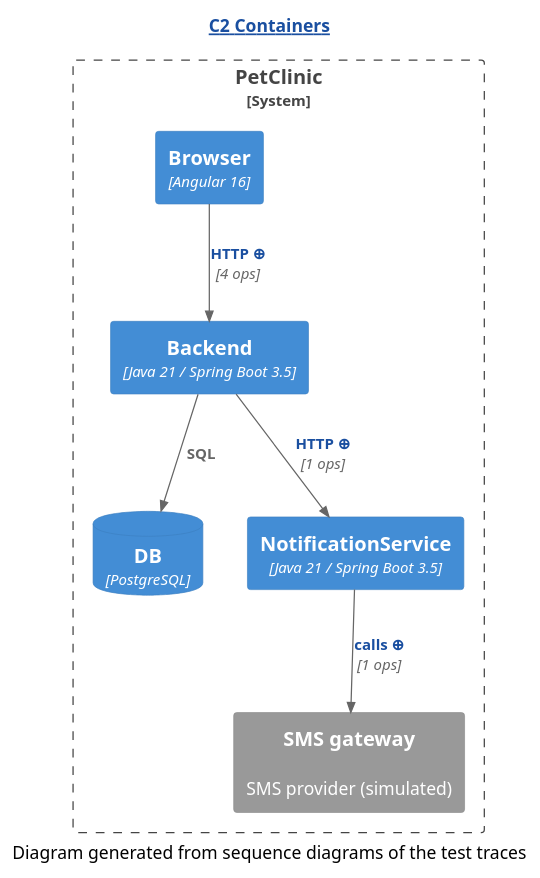
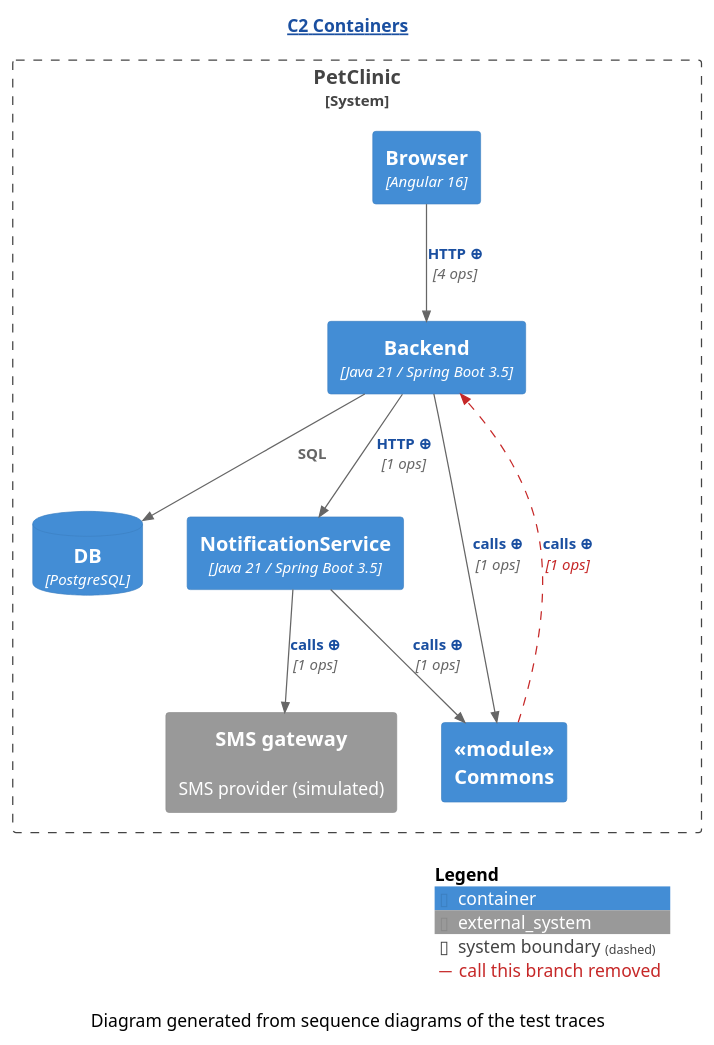
One commit to Winandvdb/human-review changed the diagram in demo/demo2/assets/c2/C2-Containers.diff.puml. Above: the diagram before and after it, drawn with PlantUML. The commit also changed 127 other files, not shown here.

```diff
--- a/demo/demo2/assets/c2/C2-Containers.diff.puml
+++ b/demo/demo2/assets/c2/C2-Containers.diff.puml
@@ -1,20 +1,27 @@
 @startuml
 ' ⚠️  GENERATED — projected from the sequence diagrams by c2-from-sequence.py.
 !include <C4/C4_Container>
 HIDE_STEREOTYPE()
 skinparam hyperlinkUnderline false
 skinparam hyperlinkColor #1A4FA0
+AddElementTag("removed", $bgColor="#C62828", $fontColor="#FFFFFF", $borderColor="#8E0000", $legendText="removed by this branch")
+AddRelTag("removed", $textColor="#C62828", $lineColor="#C62828", $lineStyle=DashedLine(), $legendText="call this branch removed")
 title [[https://c4model.com/diagrams/container{What is a C2 diagram?} C2 Containers]]
 System_Boundary(c2_system, "PetClinic") {
   Container(Backend, "Backend", "Java 21 / Spring Boot 3.5", "")
   Container(Browser, "Browser", "Angular 16", "")
   ContainerDb(DB, "DB", "PostgreSQL", "")
   Container(NotificationService, "NotificationService", "Java 21 / Spring Boot 3.5", "")
   System_Ext(SMS_gateway, "SMS gateway", "SMS provider (simulated)", "")
+  Container(_module__nCommons, "«module»\nCommons", "", "")
 }
 Rel(Backend, DB, "SQL", "")
 Rel(Backend, NotificationService, "[[genseq://c2-279a196c9d{Click for the calls behind this line} HTTP ⊕]]", "1 ops")
+Rel(Backend, _module__nCommons, "[[genseq://c2-103d57f8db{Click for the calls behind this line} calls ⊕]]", "1 ops")
 Rel(Browser, Backend, "[[genseq://c2-43d2943456{Click for the calls behind this line} HTTP ⊕]]", "4 ops")
 Rel(NotificationService, SMS_gateway, "[[genseq://c2-cb01a30b7a{Click for the calls behind this line} calls ⊕]]", "1 ops")
+Rel(NotificationService, _module__nCommons, "[[genseq://c2-e128eb6ba0{Click for the calls behind this line} calls ⊕]]", "1 ops")
+Rel(_module__nCommons, Backend, "[[genseq://c2-cd32149db2{Click for the calls behind this line} calls ⊕]]", "1 ops", $tags="removed")
+SHOW_LEGEND(true)
 caption Diagram generated from sequence diagrams of the test traces
 @enduml
```
